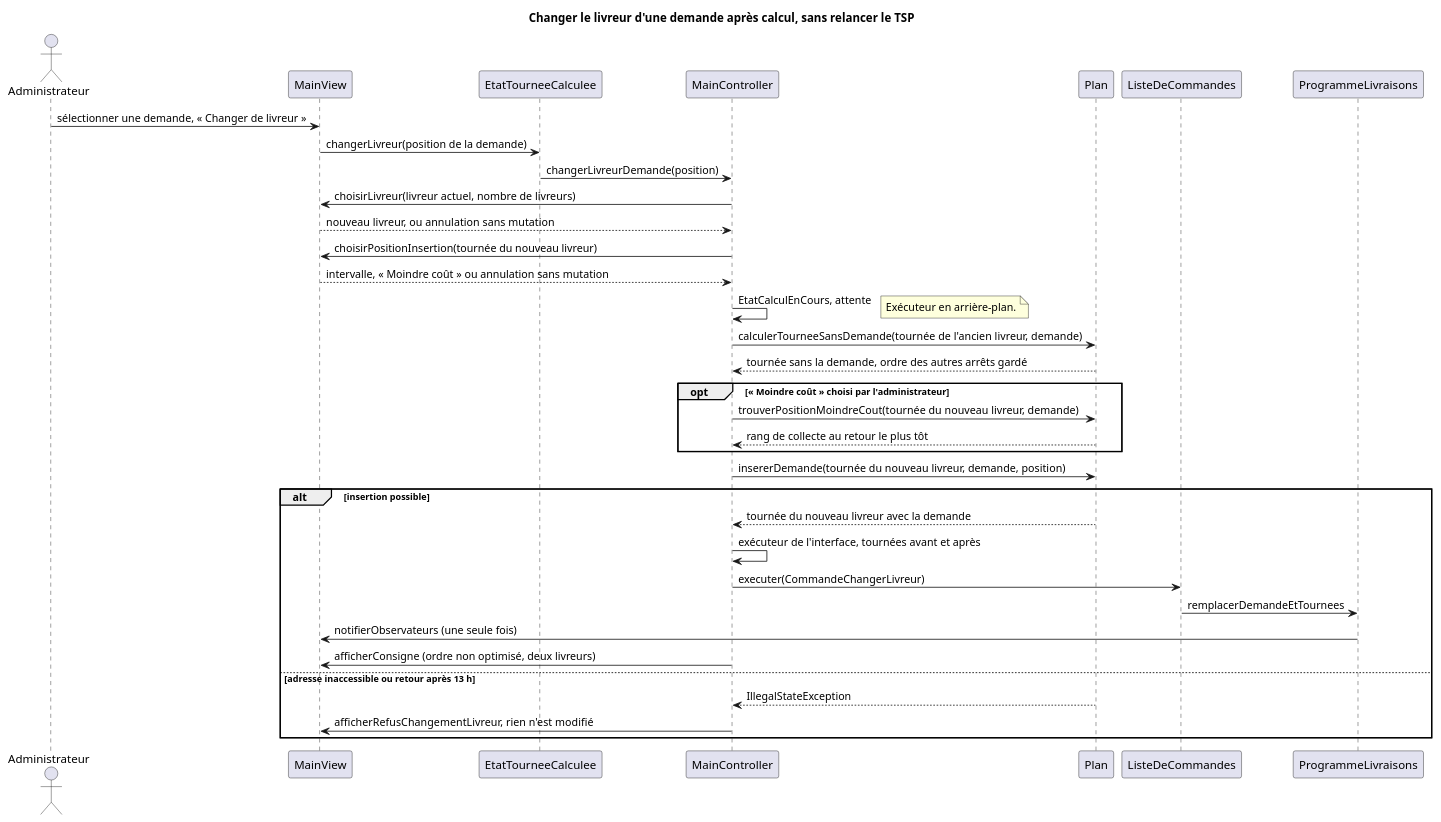
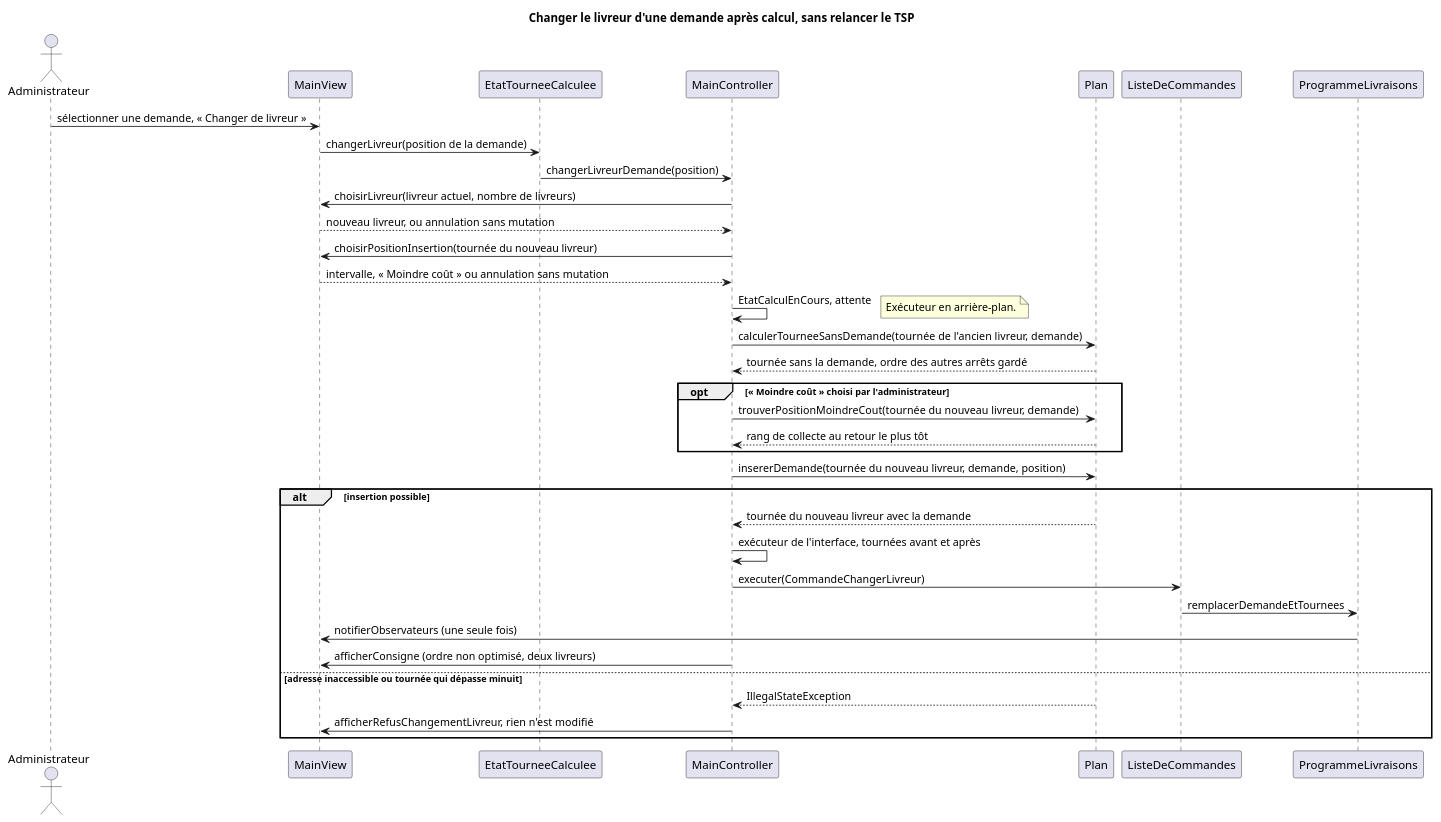
One commit to tristanhp/Optimod-Lyon changed the diagram in docs/diagrams/sequence-changer-livreur.puml. Above: the diagram before and after it, drawn with PlantUML. The commit also changed 14 other files, not shown here.

```diff
--- a/docs/diagrams/sequence-changer-livreur.puml
+++ b/docs/diagrams/sequence-changer-livreur.puml
@@ -1,37 +1,37 @@
 @startuml sequence-changer-livreur
 title Changer le livreur d'une demande après calcul, sans relancer le TSP
 actor Administrateur
 participant MainView
 participant EtatTourneeCalculee
 participant MainController
 participant Plan
 participant ListeDeCommandes
 participant ProgrammeLivraisons
 Administrateur -> MainView : sélectionner une demande, « Changer de livreur »
 MainView -> EtatTourneeCalculee : changerLivreur(position de la demande)
 EtatTourneeCalculee -> MainController : changerLivreurDemande(position)
 MainController -> MainView : choisirLivreur(livreur actuel, nombre de livreurs)
 MainView --> MainController : nouveau livreur, ou annulation sans mutation
 MainController -> MainView : choisirPositionInsertion(tournée du nouveau livreur)
 MainView --> MainController : intervalle, « Moindre coût » ou annulation sans mutation
 MainController -> MainController : EtatCalculEnCours, attente
 note right : Exécuteur en arrière-plan.
 MainController -> Plan : calculerTourneeSansDemande(tournée de l'ancien livreur, demande)
 Plan --> MainController : tournée sans la demande, ordre des autres arrêts gardé
 opt « Moindre coût » choisi par l'administrateur
   MainController -> Plan : trouverPositionMoindreCout(tournée du nouveau livreur, demande)
   Plan --> MainController : rang de collecte au retour le plus tôt
 end
 MainController -> Plan : insererDemande(tournée du nouveau livreur, demande, position)
 alt insertion possible
   Plan --> MainController : tournée du nouveau livreur avec la demande
   MainController -> MainController : exécuteur de l'interface, tournées avant et après
   MainController -> ListeDeCommandes : executer(CommandeChangerLivreur)
   ListeDeCommandes -> ProgrammeLivraisons : remplacerDemandeEtTournees
   ProgrammeLivraisons -> MainView : notifierObservateurs (une seule fois)
   MainController -> MainView : afficherConsigne (ordre non optimisé, deux livreurs)
-else adresse inaccessible ou retour après 13 h
+else adresse inaccessible ou tournée qui dépasse minuit
   Plan --> MainController : IllegalStateException
   MainController -> MainView : afficherRefusChangementLivreur, rien n'est modifié
 end
 @enduml
```
